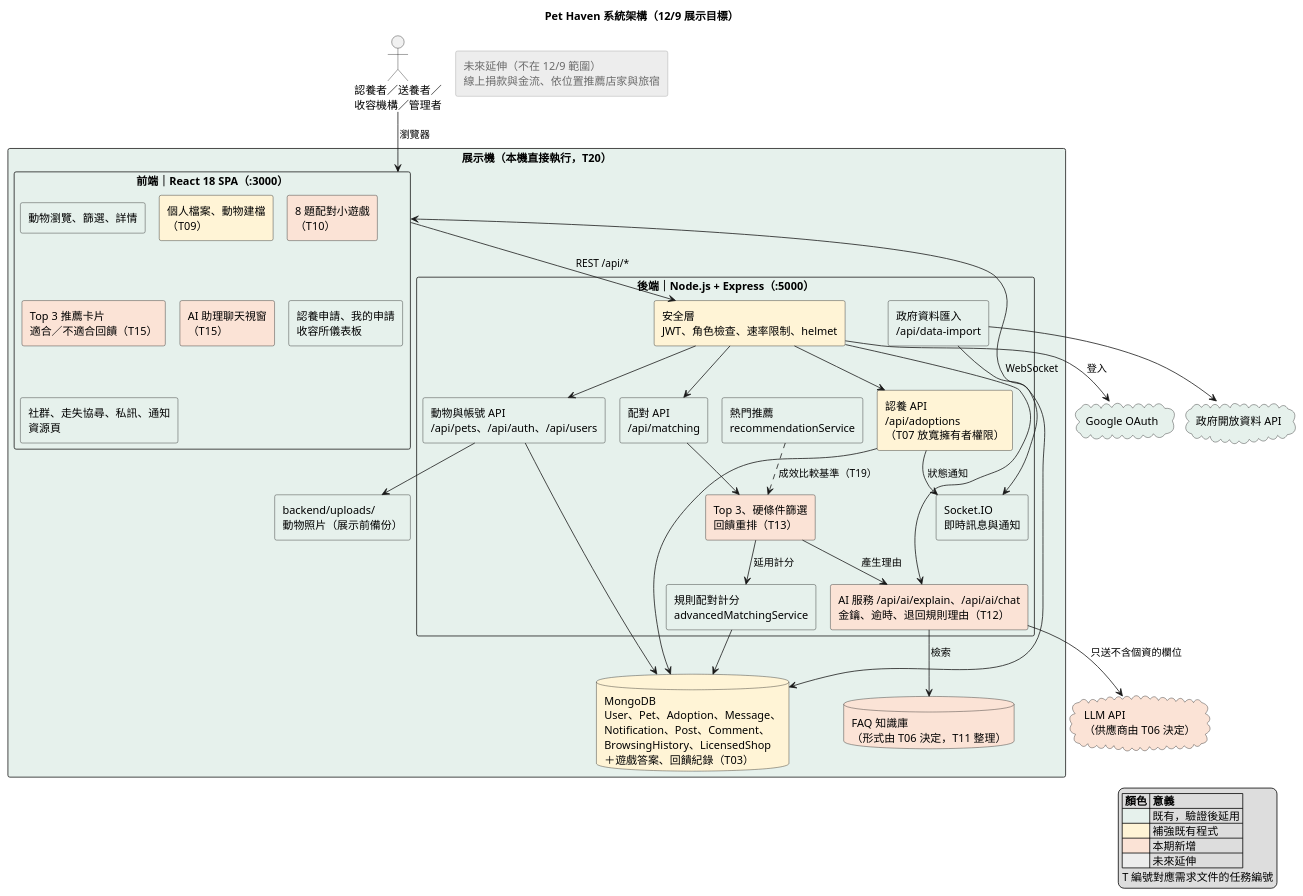
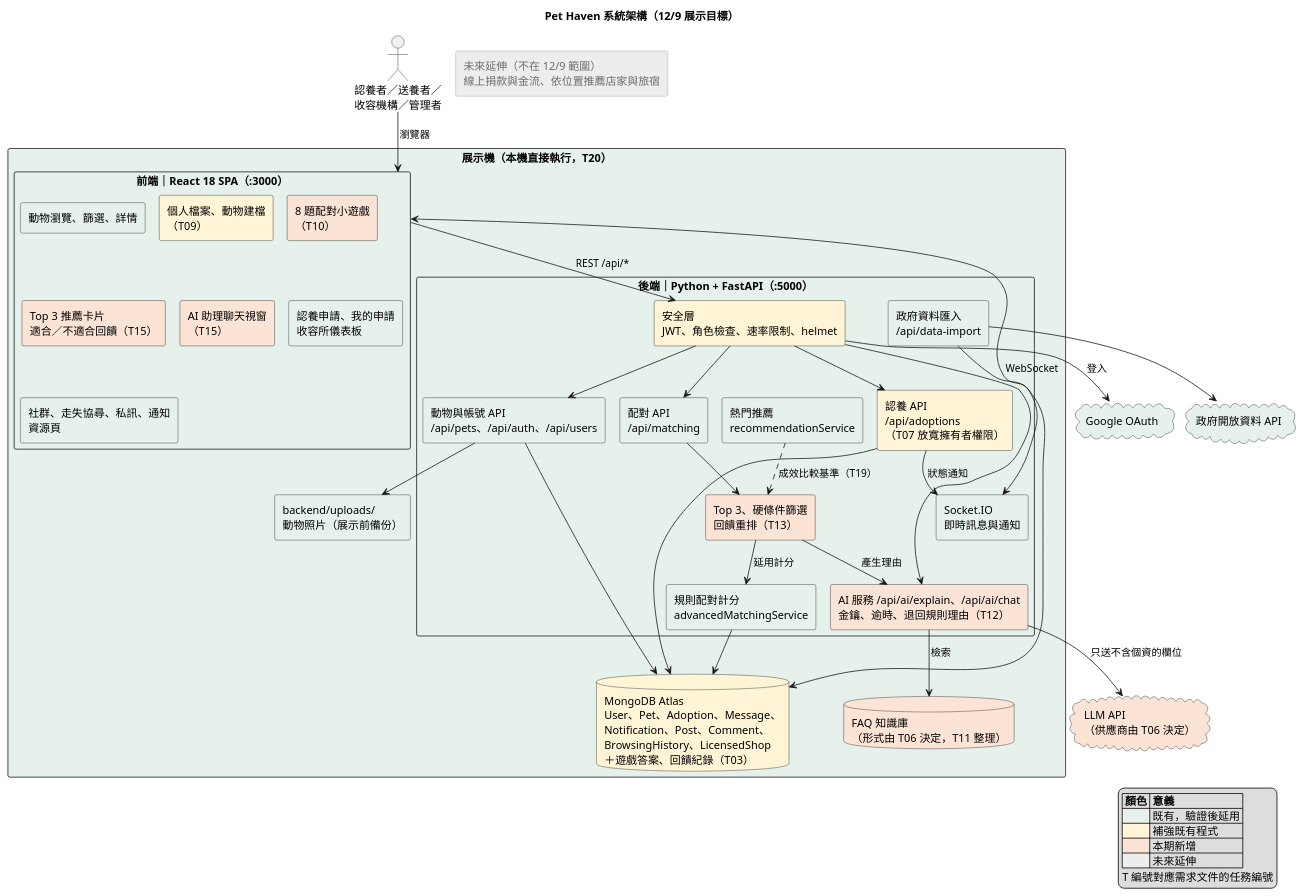
One commit to Shandi00/pet-haven changed the diagram in docs/architecture/diagrams/system-architecture.puml. Above: the diagram before and after it, drawn with PlantUML. The commit also changed 14 other files, not shown here.

First line of the commit message:
docs: 文件、架構圖與啟動腳本改為 FastAPI 後端

```diff
--- a/docs/architecture/diagrams/system-architecture.puml
+++ b/docs/architecture/diagrams/system-architecture.puml
@@ -1,98 +1,98 @@
 @startuml system-architecture
 ' Pet Haven 系統架構圖（12/9 展示時的目標架構）
 ' 依據：docs/architecture/現況架構.md、docs/superpowers/specs/2026-11-25-需求與展示範圍-design.md
 ' 顏色：綠＝既有、黃＝補強、橘＝本期新增、灰＝選做或未來延伸
 !pragma layout smetana
 skinparam defaultFontName "Microsoft JhengHei"
 skinparam shadowing false
 skinparam componentStyle rectangle
 skinparam rectangle {
   BackgroundColor<<existing>> #E6F1EC
   BackgroundColor<<enhance>> #FFF4D6
   BackgroundColor<<new>> #FBE3D6
   BackgroundColor<<future>> #EDEDED
   BorderColor<<future>> #9A9A9A
   FontColor<<future>> #6B6B6B
 }
 skinparam database {
   BackgroundColor<<existing>> #E6F1EC
   BackgroundColor<<enhance>> #FFF4D6
   BackgroundColor<<new>> #FBE3D6
 }
 skinparam cloud {
   BackgroundColor<<existing>> #E6F1EC
   BackgroundColor<<new>> #FBE3D6
 }
 hide stereotype
 
 title Pet Haven 系統架構（12/9 展示目標）
 
 actor "認養者／送養者／\n收容機構／管理者" as U
 
 rectangle "展示機（本機直接執行，T20）" <<existing>> {
 
   rectangle "前端｜React 18 SPA（:3000）" as FE <<existing>> {
     rectangle "動物瀏覽、篩選、詳情" as FE_PET <<existing>>
     rectangle "個人檔案、動物建檔\n（T09）" as FE_PROFILE <<enhance>>
     rectangle "8 題配對小遊戲\n（T10）" as FE_GAME <<new>>
     rectangle "Top 3 推薦卡片\n適合／不適合回饋（T15）" as FE_REC <<new>>
     rectangle "AI 助理聊天視窗\n（T15）" as FE_CHAT <<new>>
     rectangle "認養申請、我的申請\n收容所儀表板" as FE_ADOPT <<existing>>
     rectangle "社群、走失協尋、私訊、通知\n資源頁" as FE_SOCIAL <<existing>>
   }
 
-  rectangle "後端｜Node.js + Express（:5000）" as BE <<existing>> {
+  rectangle "後端｜Python + FastAPI（:5000）" as BE <<existing>> {
     rectangle "安全層\nJWT、角色檢查、速率限制、helmet" as BE_SEC <<enhance>>
     rectangle "認養 API\n/api/adoptions\n（T07 放寬擁有者權限）" as BE_ADOPT <<enhance>>
     rectangle "動物與帳號 API\n/api/pets、/api/auth、/api/users" as BE_PET <<existing>>
     rectangle "配對 API\n/api/matching" as BE_MATCH <<existing>>
     rectangle "規則配對計分\nadvancedMatchingService" as SVC_MATCH <<existing>>
     rectangle "熱門推薦\nrecommendationService" as SVC_POP <<existing>>
     rectangle "Top 3、硬條件篩選\n回饋重排（T13）" as SVC_TOP3 <<new>>
     rectangle "AI 服務 /api/ai/explain、/api/ai/chat\n金鑰、逾時、退回規則理由（T12）" as SVC_AI <<new>>
     rectangle "政府資料匯入\n/api/data-import" as BE_IMPORT <<existing>>
     rectangle "Socket.IO\n即時訊息與通知" as BE_IO <<existing>>
   }
 
-  database "MongoDB\nUser、Pet、Adoption、Message、\nNotification、Post、Comment、\nBrowsingHistory、LicensedShop\n＋遊戲答案、回饋紀錄（T03）" as DB <<enhance>>
+  database "MongoDB Atlas\nUser、Pet、Adoption、Message、\nNotification、Post、Comment、\nBrowsingHistory、LicensedShop\n＋遊戲答案、回饋紀錄（T03）" as DB <<enhance>>
   database "FAQ 知識庫\n（形式由 T06 決定，T11 整理）" as KB <<new>>
   rectangle "backend/uploads/\n動物照片（展示前備份）" as VOL <<existing>>
 }
 
 cloud "LLM API\n（供應商由 T06 決定）" as LLM <<new>>
 cloud "Google OAuth" as GOOGLE <<existing>>
 cloud "政府開放資料 API" as GOV <<existing>>
 
 rectangle "未來延伸（不在 12/9 範圍）\n線上捐款與金流、依位置推薦店家與旅宿" as FUTURE <<future>>
 
 U --> FE : 瀏覽器
 FE --> BE_SEC : REST /api/*
 FE <--> BE_IO : WebSocket
 BE_SEC --> BE_PET
 BE_SEC --> BE_ADOPT
 BE_SEC --> BE_MATCH
 BE_SEC --> SVC_AI
 BE_MATCH --> SVC_TOP3
 SVC_TOP3 --> SVC_MATCH : 延用計分
 SVC_TOP3 --> SVC_AI : 產生理由
 SVC_POP ..> SVC_TOP3 : 成效比較基準（T19）
 SVC_AI --> KB : 檢索
 SVC_AI --> LLM : 只送不含個資的欄位
 BE_ADOPT --> BE_IO : 狀態通知
 BE_PET --> DB
 BE_ADOPT --> DB
 SVC_MATCH --> DB
 BE_PET --> VOL
 BE_IMPORT --> GOV
 BE_IMPORT --> DB
 BE_SEC --> GOOGLE : 登入
 
 legend right
   |= 顏色 |= 意義 |
   |<#E6F1EC>| 既有，驗證後延用 |
   |<#FFF4D6>| 補強既有程式 |
   |<#FBE3D6>| 本期新增 |
   |<#EDEDED>| 未來延伸 |
   T 編號對應需求文件的任務編號
 endlegend
 @enduml
```
